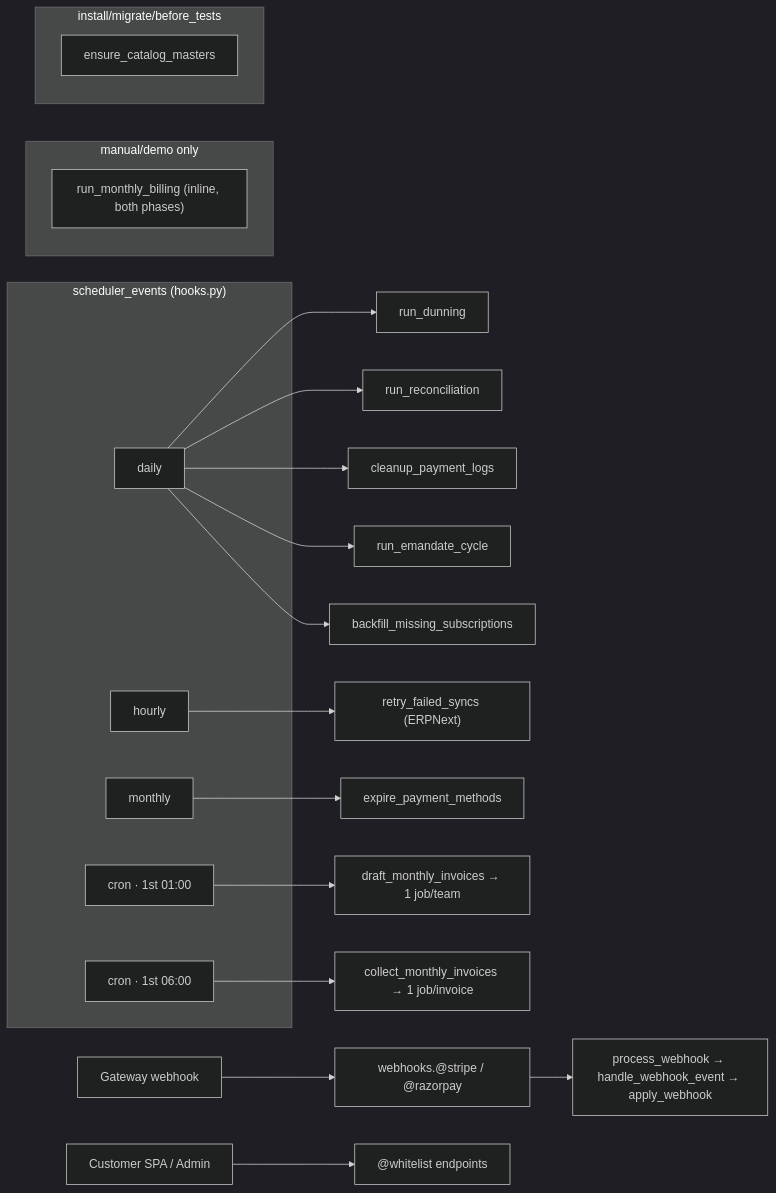
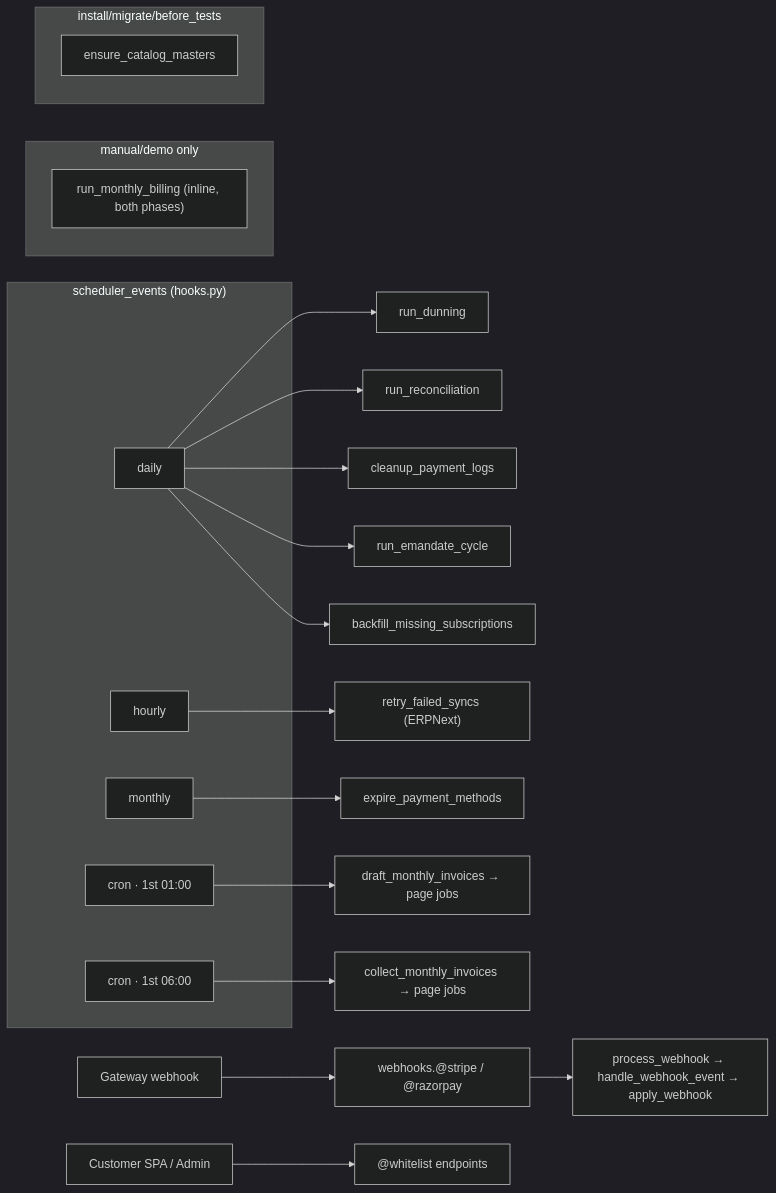
Before and after one commit to frappe/central: the third of 8 diagrams in central/billing/ARCHITECTURE.md, drawn with Mermaid (dark theme). The commit also changed other lines of this file, not shown here.

Commit message:
docs: page jobs, the billing queue dial, and dunning grace

````diff
--- a/central/billing/ARCHITECTURE.md
+++ b/central/billing/ARCHITECTURE.md
@@ -161,31 +161,31 @@
 ```mermaid
 flowchart LR
     subgraph SCHED["scheduler_events (hooks.py)"]
         D1["daily"]
         H1["hourly"]
         M1["monthly"]
         C1["cron · 1st 01:00"]
         C2["cron · 1st 06:00"]
     end
     D1 --> RD["run_dunning"]
     D1 --> RR["run_reconciliation"]
     D1 --> CP["cleanup_payment_logs"]
     D1 --> EM["run_emandate_cycle"]
     D1 --> BF["backfill_missing_subscriptions"]
     H1 --> RF["retry_failed_syncs (ERPNext)"]
     M1 --> EX["expire_payment_methods"]
-    C1 --> DMI["draft_monthly_invoices → 1 job/team"]
-    C2 --> CMI["collect_monthly_invoices → 1 job/invoice"]
+    C1 --> DMI["draft_monthly_invoices → page jobs"]
+    C2 --> CMI["collect_monthly_invoices → page jobs"]
 
     subgraph MANUAL["manual/demo only"]
         RMB["run_monthly_billing (inline, both phases)"]
     end
 
     subgraph INSTALL["install/migrate/before_tests"]
         ECM["ensure_catalog_masters"]
     end
 
     EXT["Gateway webhook"] --> WH["webhooks.@stripe / @razorpay"]
     WH --> PW["process_webhook → handle_webhook_event → apply_webhook"]
     UI["Customer SPA / Admin"] --> API["@whitelist endpoints"]
 ```
````
